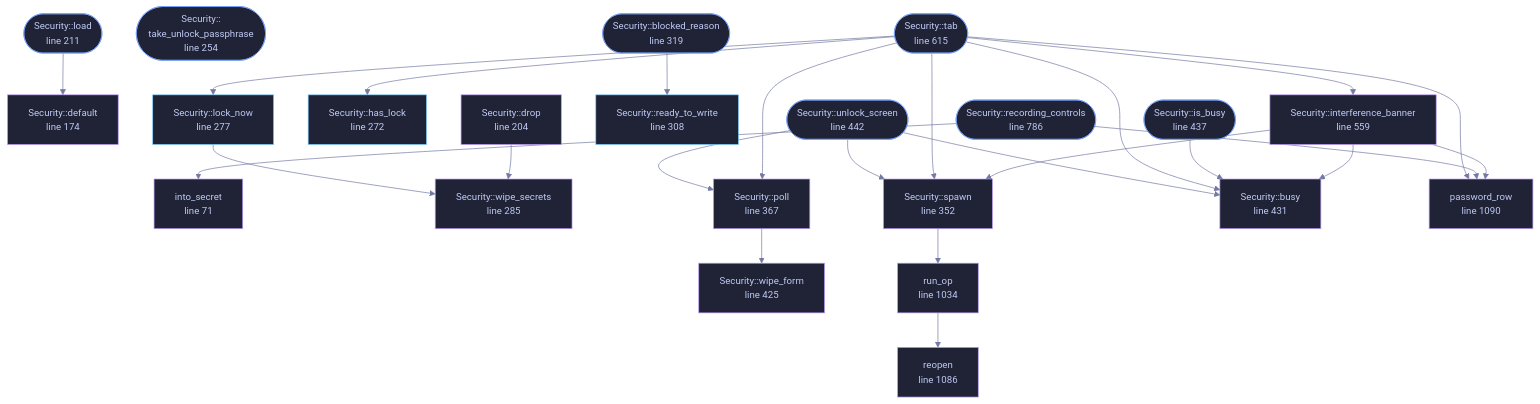
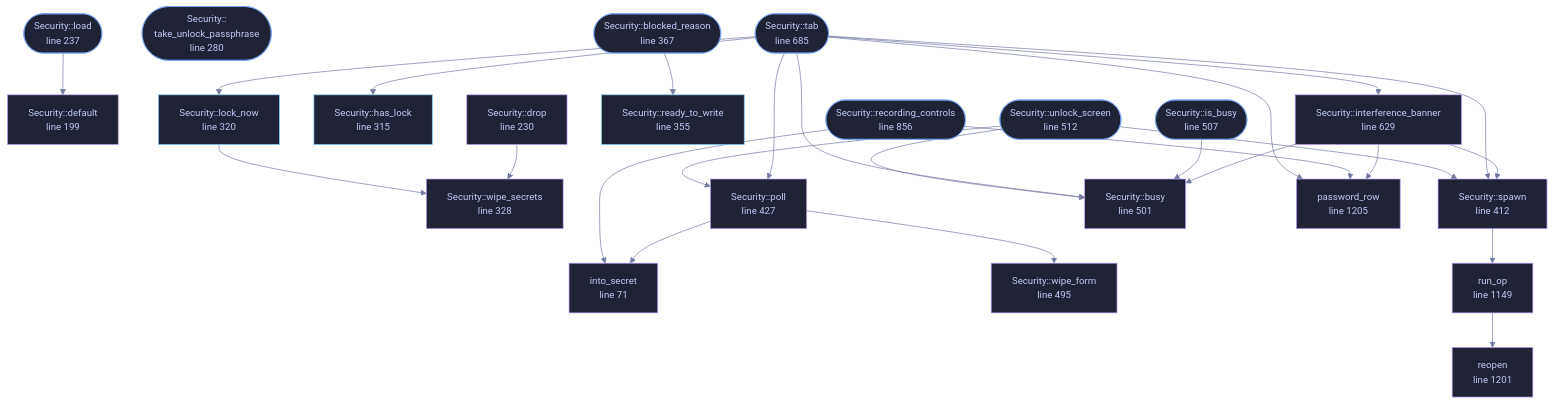
Before and after one commit to tilas01/veilvoice: the diagram in wiki/File-veilvoice-gui-security.md, drawn with Mermaid. The commit also changed other lines of this file and 49 other files, not shown here.

````diff
--- a/wiki/File-veilvoice-gui-security.md
+++ b/wiki/File-veilvoice-gui-security.md
@@ -117,77 +119,78 @@
 ```mermaid
 %%{init: {"theme":"base","themeVariables":{"background":"#1a1b26","primaryColor":"#1f2335","primaryTextColor":"#c0caf5","primaryBorderColor":"#7aa2f7","secondaryColor":"#16161e","tertiaryColor":"#16161e","lineColor":"#737aa2","textColor":"#c0caf5","mainBkg":"#1f2335","nodeBorder":"#7aa2f7","clusterBkg":"#16161e","clusterBorder":"#2f3549","fontFamily":"ui-monospace, SFMono-Regular, Consolas, monospace","fontSize":"14px"}}}%%
 flowchart TD
     n_into_secret["into_secret<br/>line 71"]
-    n_default["Security::default<br/>line 174"]
-    n_drop["Security::drop<br/>line 204"]
-    n_load(["Security::load<br/>line 211"])
-    n_take_unlock_passphrase(["Security::<br/>take_unlock_passphrase<br/>line 254"])
-    n_has_lock["Security::has_lock<br/>line 272"]
-    n_lock_now["Security::lock_now<br/>line 277"]
-    n_wipe_secrets["Security::wipe_secrets<br/>line 285"]
-    n_ready_to_write["Security::ready_to_write<br/>line 308"]
-    n_blocked_reason(["Security::blocked_reason<br/>line 319"])
-    n_spawn["Security::spawn<br/>line 352"]
-    n_poll["Security::poll<br/>line 367"]
-    n_wipe_form["Security::wipe_form<br/>line 425"]
-    n_busy["Security::busy<br/>line 431"]
-    n_is_busy(["Security::is_busy<br/>line 437"])
-    n_unlock_screen(["Security::unlock_screen<br/>line 442"])
-    n_interference_banner["Security::interference_banner<br/>line 559"]
-    n_tab(["Security::tab<br/>line 615"])
-    n_recording_controls(["Security::recording_controls<br/>line 786"])
-    n_run_op["run_op<br/>line 1034"]
-    n_reopen["reopen<br/>line 1086"]
-    n_password_row["password_row<br/>line 1090"]
+    n_default["Security::default<br/>line 199"]
+    n_drop["Security::drop<br/>line 230"]
+    n_load(["Security::load<br/>line 237"])
+    n_take_unlock_passphrase(["Security::<br/>take_unlock_passphrase<br/>line 280"])
+    n_has_lock["Security::has_lock<br/>line 315"]
+    n_lock_now["Security::lock_now<br/>line 320"]
+    n_wipe_secrets["Security::wipe_secrets<br/>line 328"]
+    n_ready_to_write["Security::ready_to_write<br/>line 355"]
+    n_blocked_reason(["Security::blocked_reason<br/>line 367"])
+    n_spawn["Security::spawn<br/>line 412"]
+    n_poll["Security::poll<br/>line 427"]
+    n_wipe_form["Security::wipe_form<br/>line 495"]
+    n_busy["Security::busy<br/>line 501"]
+    n_is_busy(["Security::is_busy<br/>line 507"])
+    n_unlock_screen(["Security::unlock_screen<br/>line 512"])
+    n_interference_banner["Security::interference_banner<br/>line 629"]
+    n_tab(["Security::tab<br/>line 685"])
+    n_recording_controls(["Security::recording_controls<br/>line 856"])
+    n_run_op["run_op<br/>line 1149"]
+    n_reopen["reopen<br/>line 1201"]
+    n_password_row["password_row<br/>line 1205"]
     n_blocked_reason --> n_ready_to_write
     n_drop --> n_wipe_secrets
     n_interference_banner --> n_busy
     n_interference_banner --> n_password_row
     n_interference_banner --> n_spawn
     n_is_busy --> n_busy
     n_load --> n_default
     n_lock_now --> n_wipe_secrets
+    n_poll --> n_into_secret
     n_poll --> n_wipe_form
     n_recording_controls --> n_into_secret
     n_recording_controls --> n_password_row
     n_run_op --> n_reopen
     n_spawn --> n_run_op
     n_tab --> n_busy
     n_tab --> n_has_lock
     n_tab --> n_interference_banner
     n_tab --> n_lock_now
     n_tab --> n_password_row
     n_tab --> n_poll
     n_tab --> n_spawn
     n_unlock_screen --> n_busy
     n_unlock_screen --> n_poll
     n_unlock_screen --> n_spawn
     click n_into_secret href "https://github.com/tilas01/veilvoice/blob/main/crates/veilvoice-gui/src/security.rs#L71" "open the source"
-    click n_default href "https://github.com/tilas01/veilvoice/blob/main/crates/veilvoice-gui/src/security.rs#L174" "open the source"
-    click n_drop href "https://github.com/tilas01/veilvoice/blob/main/crates/veilvoice-gui/src/security.rs#L204" "open the source"
-    click n_load href "https://github.com/tilas01/veilvoice/blob/main/crates/veilvoice-gui/src/security.rs#L211" "open the source"
-    click n_take_unlock_passphrase href "https://github.com/tilas01/veilvoice/blob/main/crates/veilvoice-gui/src/security.rs#L254" "open the source"
-    click n_has_lock href "https://github.com/tilas01/veilvoice/blob/main/crates/veilvoice-gui/src/security.rs#L272" "open the source"
-    click n_lock_now href "https://github.com/tilas01/veilvoice/blob/main/crates/veilvoice-gui/src/security.rs#L277" "open the source"
-    click n_wipe_secrets href "https://github.com/tilas01/veilvoice/blob/main/crates/veilvoice-gui/src/security.rs#L285" "open the source"
-    click n_ready_to_write href "https://github.com/tilas01/veilvoice/blob/main/crates/veilvoice-gui/src/security.rs#L308" "open the source"
-    click n_blocked_reason href "https://github.com/tilas01/veilvoice/blob/main/crates/veilvoice-gui/src/security.rs#L319" "open the source"
-    click n_spawn href "https://github.com/tilas01/veilvoice/blob/main/crates/veilvoice-gui/src/security.rs#L352" "open the source"
-    click n_poll href "https://github.com/tilas01/veilvoice/blob/main/crates/veilvoice-gui/src/security.rs#L367" "open the source"
-    click n_wipe_form href "https://github.com/tilas01/veilvoice/blob/main/crates/veilvoice-gui/src/security.rs#L425" "open the source"
-    click n_busy href "https://github.com/tilas01/veilvoice/blob/main/crates/veilvoice-gui/src/security.rs#L431" "open the source"
-    click n_is_busy href "https://github.com/tilas01/veilvoice/blob/main/crates/veilvoice-gui/src/security.rs#L437" "open the source"
-    click n_unlock_screen href "https://github.com/tilas01/veilvoice/blob/main/crates/veilvoice-gui/src/security.rs#L442" "open the source"
-    click n_interference_banner href "https://github.com/tilas01/veilvoice/blob/main/crates/veilvoice-gui/src/security.rs#L559" "open the source"
-    click n_tab href "https://github.com/tilas01/veilvoice/blob/main/crates/veilvoice-gui/src/security.rs#L615" "open the source"
-    click n_recording_controls href "https://github.com/tilas01/veilvoice/blob/main/crates/veilvoice-gui/src/security.rs#L786" "open the source"
-    click n_run_op href "https://github.com/tilas01/veilvoice/blob/main/crates/veilvoice-gui/src/security.rs#L1034" "open the source"
-    click n_reopen href "https://github.com/tilas01/veilvoice/blob/main/crates/veilvoice-gui/src/security.rs#L1086" "open the source"
-    click n_password_row href "https://github.com/tilas01/veilvoice/blob/main/crates/veilvoice-gui/src/security.rs#L1090" "open the source"
+    click n_default href "https://github.com/tilas01/veilvoice/blob/main/crates/veilvoice-gui/src/security.rs#L199" "open the source"
+    click n_drop href "https://github.com/tilas01/veilvoice/blob/main/crates/veilvoice-gui/src/security.rs#L230" "open the source"
+    click n_load href "https://github.com/tilas01/veilvoice/blob/main/crates/veilvoice-gui/src/security.rs#L237" "open the source"
+    click n_take_unlock_passphrase href "https://github.com/tilas01/veilvoice/blob/main/crates/veilvoice-gui/src/security.rs#L280" "open the source"
+    click n_has_lock href "https://github.com/tilas01/veilvoice/blob/main/crates/veilvoice-gui/src/security.rs#L315" "open the source"
+    click n_lock_now href "https://github.com/tilas01/veilvoice/blob/main/crates/veilvoice-gui/src/security.rs#L320" "open the source"
+    click n_wipe_secrets href "https://github.com/tilas01/veilvoice/blob/main/crates/veilvoice-gui/src/security.rs#L328" "open the source"
+    click n_ready_to_write href "https://github.com/tilas01/veilvoice/blob/main/crates/veilvoice-gui/src/security.rs#L355" "open the source"
+    click n_blocked_reason href "https://github.com/tilas01/veilvoice/blob/main/crates/veilvoice-gui/src/security.rs#L367" "open the source"
+    click n_spawn href "https://github.com/tilas01/veilvoice/blob/main/crates/veilvoice-gui/src/security.rs#L412" "open the source"
+    click n_poll href "https://github.com/tilas01/veilvoice/blob/main/crates/veilvoice-gui/src/security.rs#L427" "open the source"
+    click n_wipe_form href "https://github.com/tilas01/veilvoice/blob/main/crates/veilvoice-gui/src/security.rs#L495" "open the source"
+    click n_busy href "https://github.com/tilas01/veilvoice/blob/main/crates/veilvoice-gui/src/security.rs#L501" "open the source"
+    click n_is_busy href "https://github.com/tilas01/veilvoice/blob/main/crates/veilvoice-gui/src/security.rs#L507" "open the source"
+    click n_unlock_screen href "https://github.com/tilas01/veilvoice/blob/main/crates/veilvoice-gui/src/security.rs#L512" "open the source"
+    click n_interference_banner href "https://github.com/tilas01/veilvoice/blob/main/crates/veilvoice-gui/src/security.rs#L629" "open the source"
+    click n_tab href "https://github.com/tilas01/veilvoice/blob/main/crates/veilvoice-gui/src/security.rs#L685" "open the source"
+    click n_recording_controls href "https://github.com/tilas01/veilvoice/blob/main/crates/veilvoice-gui/src/security.rs#L856" "open the source"
+    click n_run_op href "https://github.com/tilas01/veilvoice/blob/main/crates/veilvoice-gui/src/security.rs#L1149" "open the source"
+    click n_reopen href "https://github.com/tilas01/veilvoice/blob/main/crates/veilvoice-gui/src/security.rs#L1201" "open the source"
+    click n_password_row href "https://github.com/tilas01/veilvoice/blob/main/crates/veilvoice-gui/src/security.rs#L1205" "open the source"
     classDef entry fill:#1f2335,stroke:#7aa2f7,color:#c0caf5
     class n_load,n_take_unlock_passphrase,n_blocked_reason,n_is_busy,n_unlock_screen,n_tab,n_recording_controls entry
     classDef api fill:#1f2335,stroke:#7dcfff,color:#c0caf5
     class n_has_lock,n_lock_now,n_ready_to_write api
     classDef helper fill:#1f2335,stroke:#bb9af7,color:#c0caf5
     class n_into_secret,n_default,n_drop,n_wipe_secrets,n_spawn,n_poll,n_wipe_form,n_busy,n_interference_banner,n_run_op,n_reopen,n_password_row helper
 ```
````
